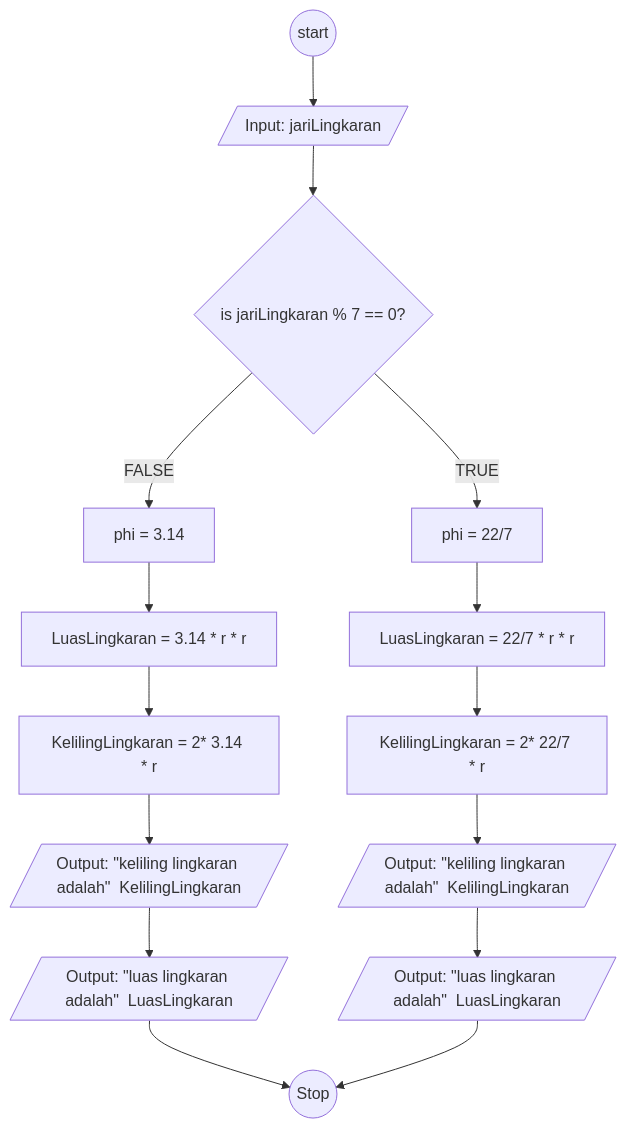
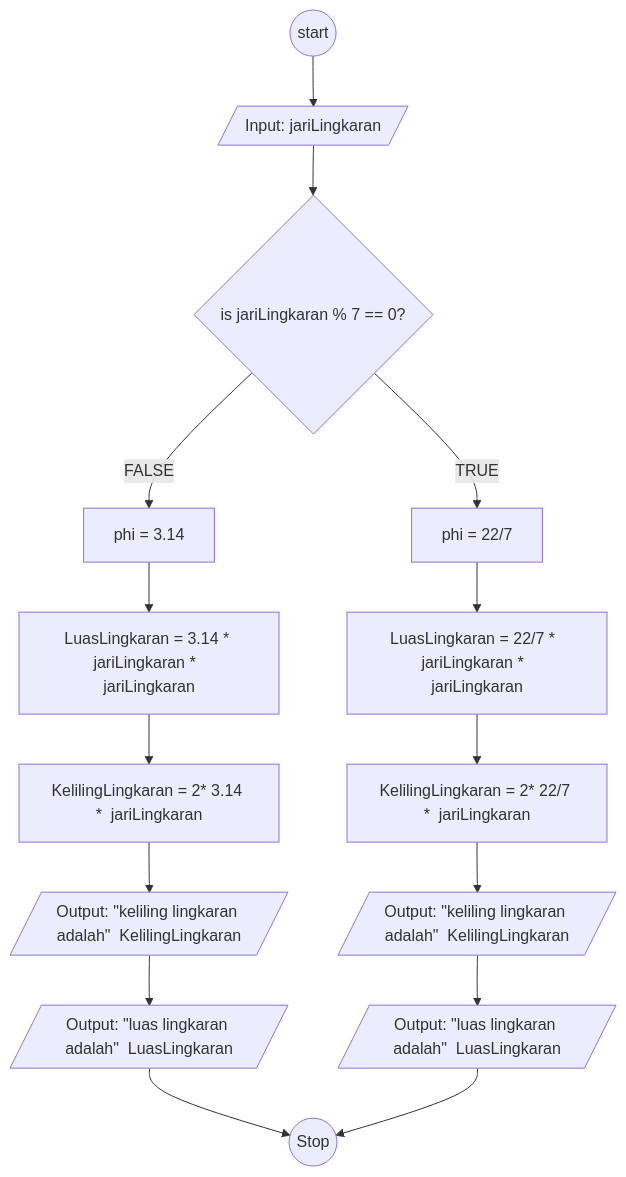
Before and after one commit to makarim22/koda-b6-javascript1: the diagram in readme.md, drawn with Mermaid. The commit also changed other lines of this file, not shown here.

````diff
--- a/readme.md
+++ b/readme.md
@@ -3,34 +3,34 @@
 ```mermaid
 flowchart TD
 
 A@{ shape: circle, label: "start"} --> B
 
 B@{ shape: lean-r, label: "Input: jariLingkaran" } --> H
 
 H@{ shape : diamond, label: "is jariLingkaran % 7 == 0?"}
 
 H -- TRUE --> T
 H -- FALSE --> R
 
 T@{ shape: rect, label: "phi = 22/7"} --> U
 R@{ shape: rect, label: "phi = 3.14"} --> C
 
-C@{ shape: rect, label: "LuasLingkaran = 3.14 * r * r" } --> F
+C@{ shape: rect, label: "LuasLingkaran = 3.14 * jariLingkaran *  jariLingkaran" } --> F
 
-F@{ shape: rect, label: "KelilingLingkaran = 2* 3.14 * r" } --> K
+F@{ shape: rect, label: "KelilingLingkaran = 2* 3.14 *  jariLingkaran" } --> K
 
-U@{ shape: rect, label: "LuasLingkaran = 22/7 * r * r" } --> I
+U@{ shape: rect, label: "LuasLingkaran = 22/7 *  jariLingkaran *  jariLingkaran" } --> I
 
-I@{ shape: rect, label: "KelilingLingkaran = 2* 22/7 * r" } --> O
+I@{ shape: rect, label: "KelilingLingkaran = 2* 22/7 *  jariLingkaran" } --> O
 
 K@{ shape: lean-r, label: "Output: \"keliling lingkaran adalah\"  KelilingLingkaran" } --> L
 
 L@{ shape: lean-r, label: "Output: \"luas lingkaran adalah\"  LuasLingkaran" } --> J
 
 O@{ shape: lean-r, label: "Output: \"keliling lingkaran adalah\"  KelilingLingkaran" }  --> P
 
 P@{ shape: lean-r, label: "Output: \"luas lingkaran adalah\"  LuasLingkaran" } --> J
 
 J@{ shape: circle, label: "Stop" }
 
 ```
````
